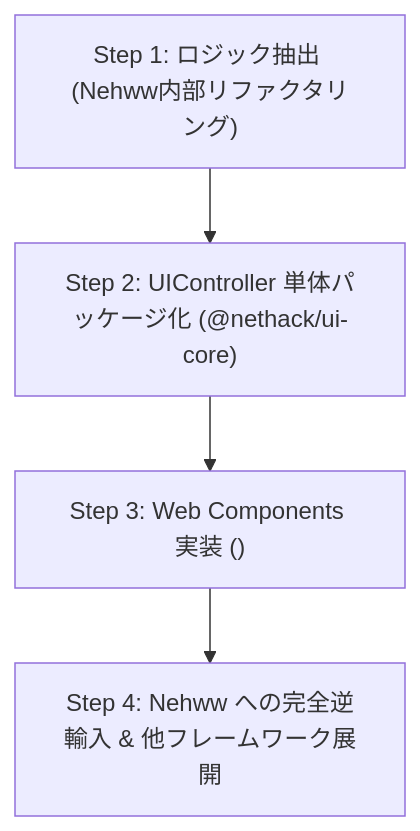
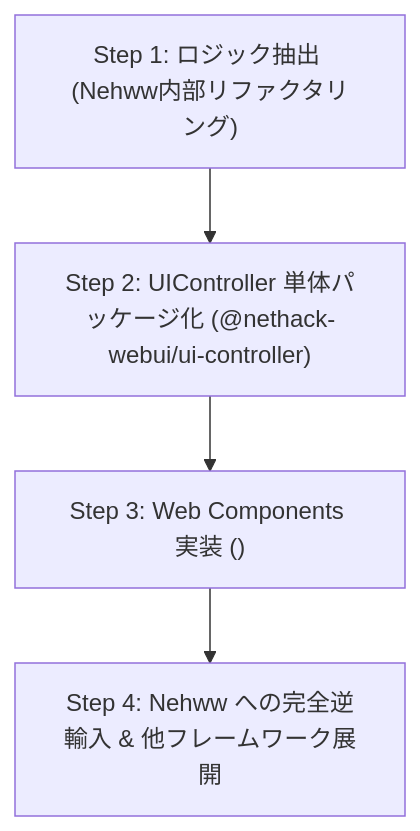
Before and after one commit to e3sh/Nethack-wasm-webUI: the diagram in docs/2_client_ui/ui_controller_headless_architecture.ja.md, drawn with Mermaid. The commit also changed other lines of this file and 23 other files, not shown here.

````diff
--- a/docs/2_client_ui/ui_controller_headless_architecture.ja.md
+++ b/docs/2_client_ui/ui_controller_headless_architecture.ja.md
@@ -216,6 +216,6 @@
 ```mermaid
 flowchart TD
-    Step1["Step 1: ロジック抽出 (Nehww内部リファクタリング)"] --> Step2["Step 2: UIController 単体パッケージ化 (@nethack/ui-core)"]
+    Step1["Step 1: ロジック抽出 (Nehww内部リファクタリング)"] --> Step2["Step 2: UIController 単体パッケージ化 (@nethack-webui/ui-controller)"]
     Step2 --> Step3["Step 3: Web Components 実装 (<nh-*>)"]
     Step3 --> Step4["Step 4: Nehww への完全逆輸入 & 他フレームワーク展開"]
 ```
````
